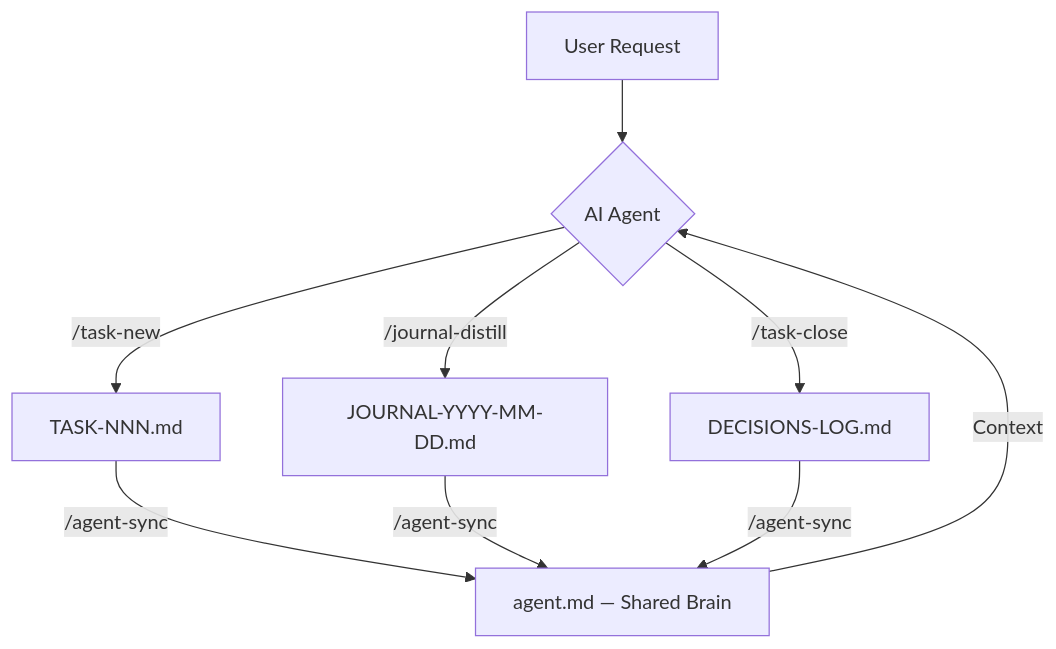
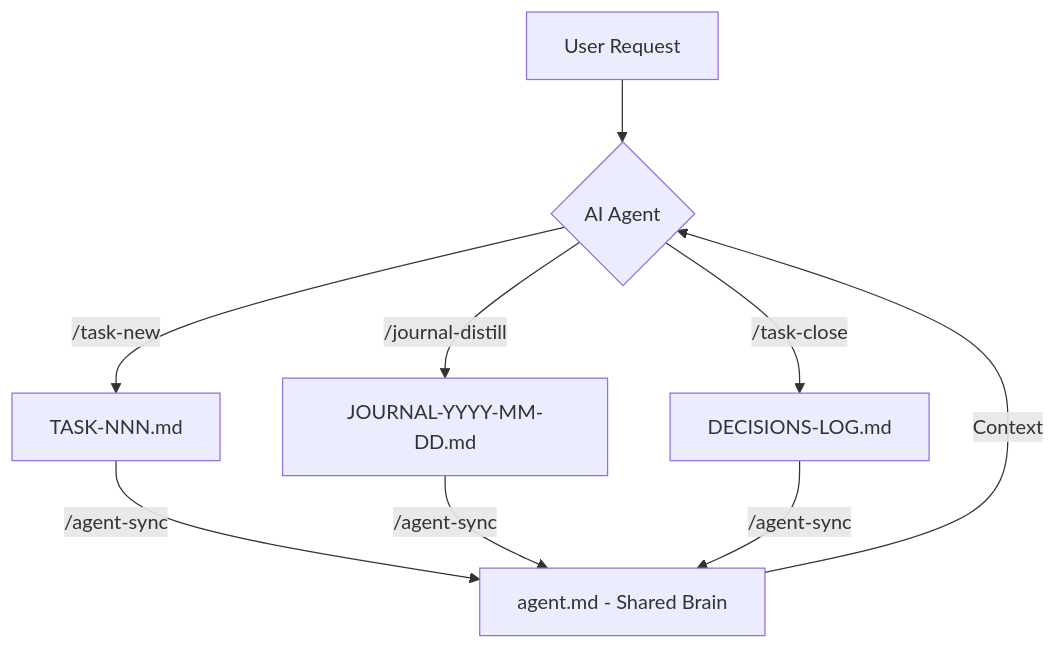
The diagram in README.md (dynamicart/ai-docs), drawn with Mermaid before and after one commit. The commit also changed other lines of this file and 23 other files, not shown here.

````diff
--- a/README.md
+++ b/README.md
@@ -28,9 +31,9 @@
 ```mermaid
 graph TD
     A[User Request] --> B{AI Agent}
     B -- "/task-new" --> C[TASK-NNN.md]
     B -- "/journal-distill" --> D[JOURNAL-YYYY-MM-DD.md]
     B -- "/task-close" --> E[DECISIONS-LOG.md]
-    C & D & E -- "/agent-sync" --> F[agent.md — Shared Brain]
+    C & D & E -- "/agent-sync" --> F[agent.md - Shared Brain]
     F -->|Context| B
 ```
````
